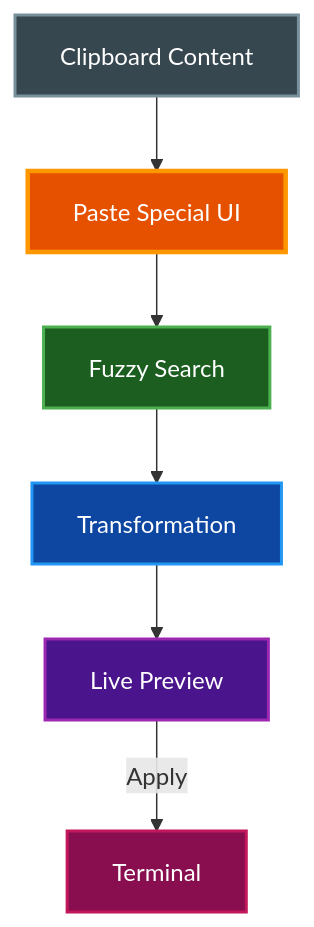
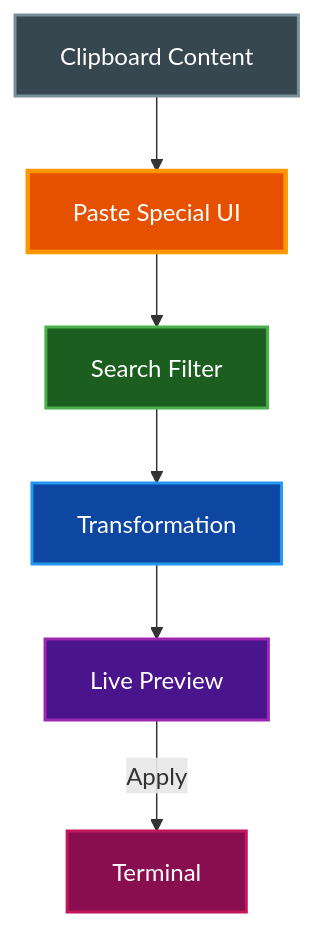
One commit to paulrobello/par-term changed the first of 2 diagrams in docs/features/PASTE_SPECIAL.md. Above: the diagram before and after it, drawn with Mermaid. The commit also changed other lines of this file and 41 other files, not shown here.

````diff
--- a/docs/features/PASTE_SPECIAL.md
+++ b/docs/features/PASTE_SPECIAL.md
@@ -22,22 +22,22 @@
 ```mermaid
 graph TD
     Clipboard[Clipboard Content]
     UI[Paste Special UI]
-    Search[Fuzzy Search]
+    Search[Search Filter]
     Transform[Transformation]
     Preview[Live Preview]
     Terminal[Terminal]
 
     Clipboard --> UI
     UI --> Search
     Search --> Transform
     Transform --> Preview
     Preview -->|Apply| Terminal
 
     style Clipboard fill:#37474f,stroke:#78909c,stroke-width:2px,color:#ffffff
     style UI fill:#e65100,stroke:#ff9800,stroke-width:3px,color:#ffffff
     style Search fill:#1b5e20,stroke:#4caf50,stroke-width:2px,color:#ffffff
     style Transform fill:#0d47a1,stroke:#2196f3,stroke-width:2px,color:#ffffff
     style Preview fill:#4a148c,stroke:#9c27b0,stroke-width:2px,color:#ffffff
     style Terminal fill:#880e4f,stroke:#c2185b,stroke-width:2px,color:#ffffff
 ```
````
